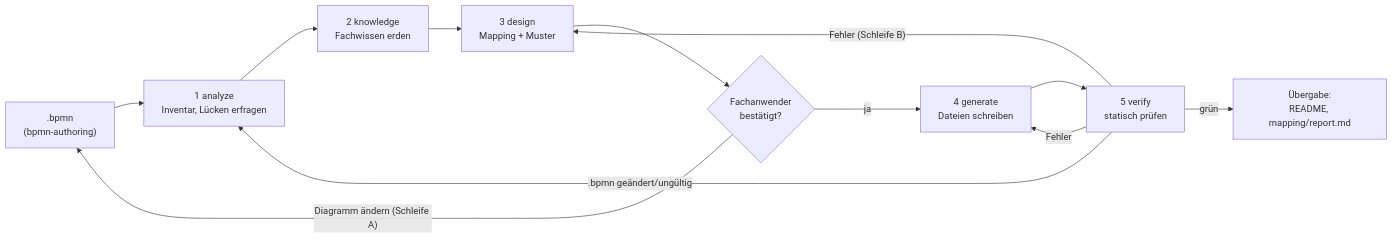
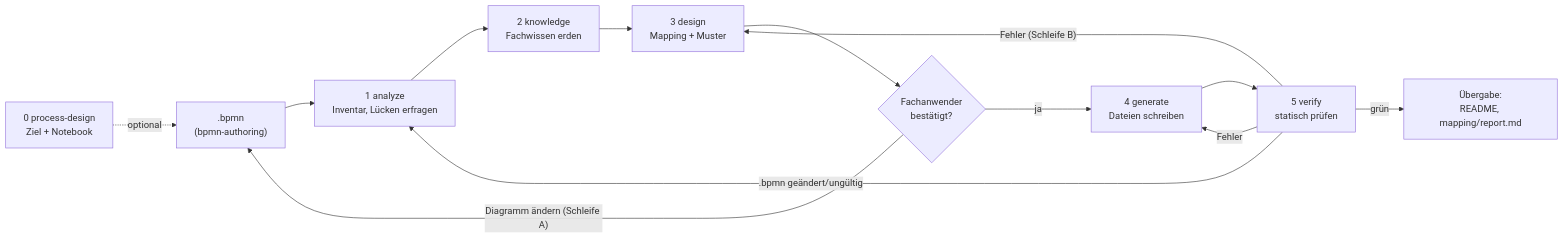
The diagram in ARCHITECTURE.md (Cofinpro/FlowForge), drawn with Mermaid before and after one commit. The commit also changed other lines of this file and 2 other files, not shown here.

Commit message:
docs: describe bpmn-process-design in README and ARCHITECTURE

````diff
--- a/ARCHITECTURE.md
+++ b/ARCHITECTURE.md
@@ -15,14 +16,15 @@
 ```mermaid
 flowchart LR
+  Z["0 process-design<br/>Ziel + Notebook"] -. optional .-> B
   B[".bpmn<br/>(bpmn-authoring)"] --> A["1 analyze<br/>Inventar, Lücken erfragen"]
   A --> K["2 knowledge<br/>Fachwissen erden"]
   K --> D["3 design<br/>Mapping + Muster"]
   D --> C{"Fachanwender<br/>bestätigt?"}
   C -- ja --> G["4 generate<br/>Dateien schreiben"]
   C -- "Diagramm ändern (Schleife A)" --> B
   G --> V["5 verify<br/>statisch prüfen"]
   V -- "Fehler (Schleife B)" --> D
   V -- Fehler --> G
   V -- ".bpmn geändert/ungültig" --> A
   V -- grün --> H["Übergabe:<br/>README, mapping/report.md"]
 ```
````
